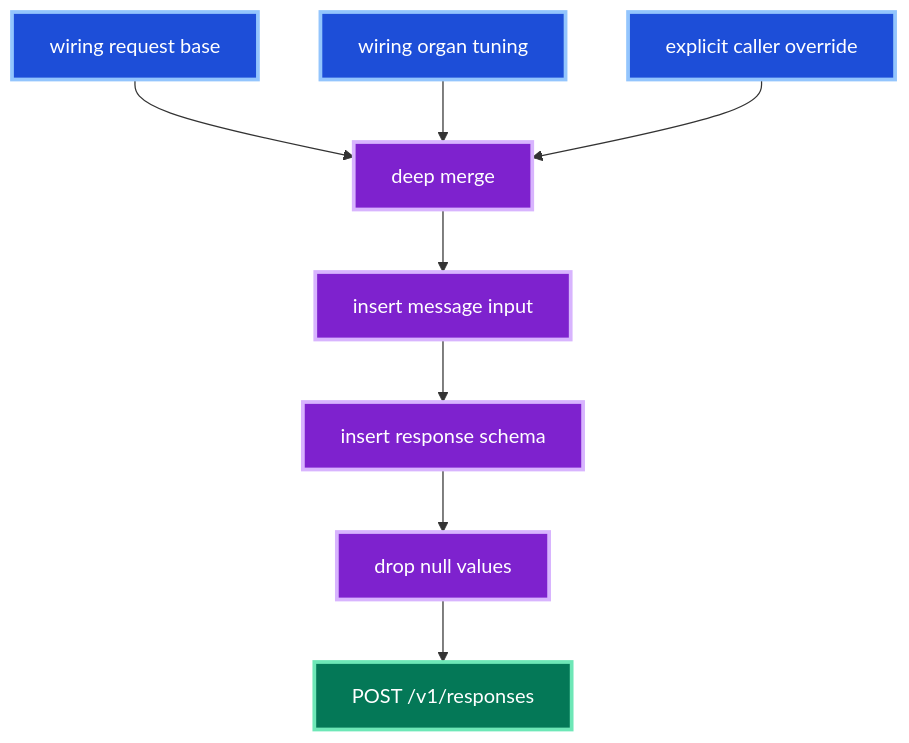
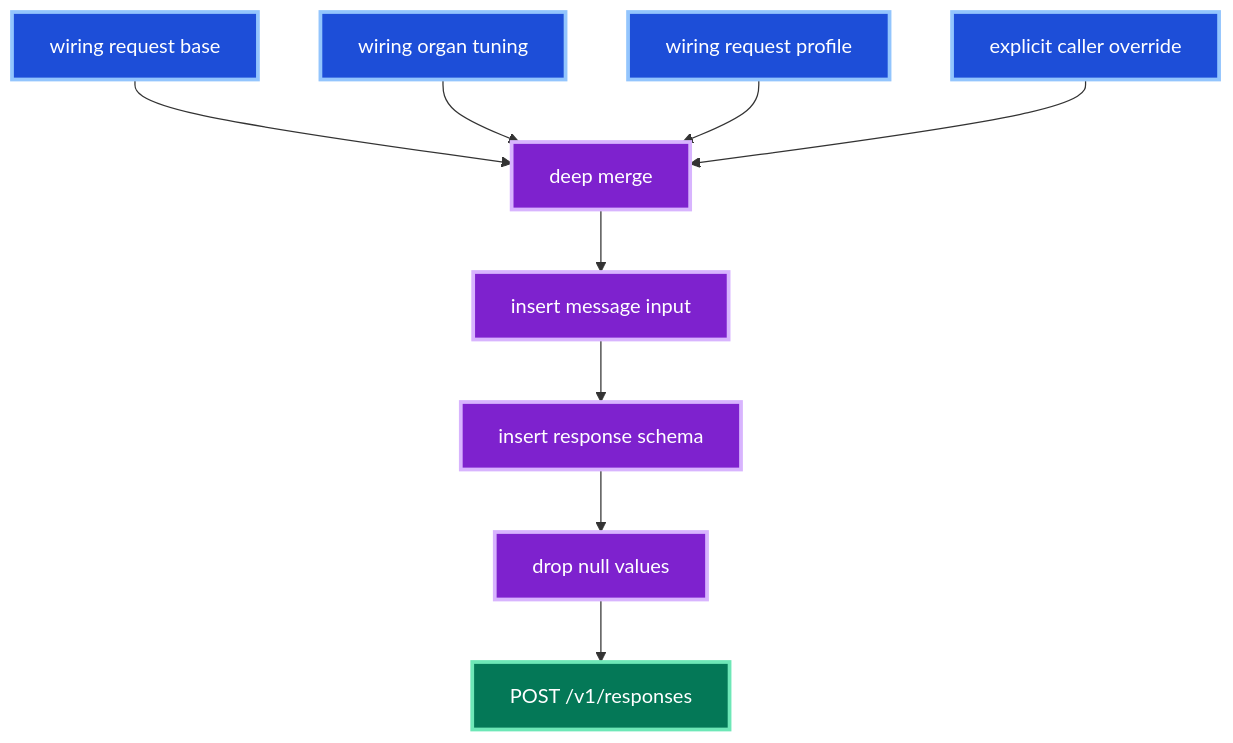
One commit to wgabrys88/endgame-ai changed the sixth of 9 diagrams in README.md. Above: the diagram before and after it, drawn with Mermaid. The commit also changed other lines of this file and 9 other files, not shown here.

````diff
--- a/README.md
+++ b/README.md
@@ -1314,18 +1360,19 @@
 ```mermaid
 flowchart TD
     W["wiring request base"] --> M["deep merge"]
     O["wiring organ tuning"] --> M
+    R["wiring request profile"] --> M
     C["explicit caller override"] --> M
     M --> I["insert message input"]
     I --> S["insert response schema"]
     S --> N["drop null values"]
     N --> P["POST /v1/responses"]
 
     classDef wiring fill:#1d4ed8,color:#ffffff,stroke:#93c5fd,stroke-width:3px;
     classDef dynamic fill:#7e22ce,color:#ffffff,stroke:#d8b4fe,stroke-width:3px;
     classDef transport fill:#047857,color:#ffffff,stroke:#6ee7b7,stroke-width:3px;
 
-    class W,O,C wiring;
+    class W,O,R,C wiring;
     class M,I,S,N dynamic;
     class P transport;
 ```
````
